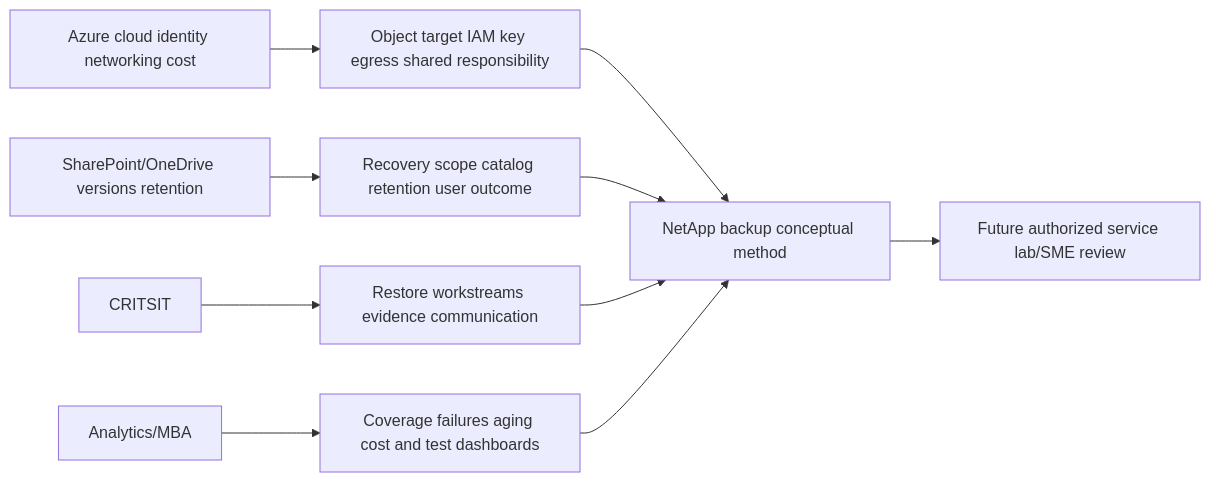
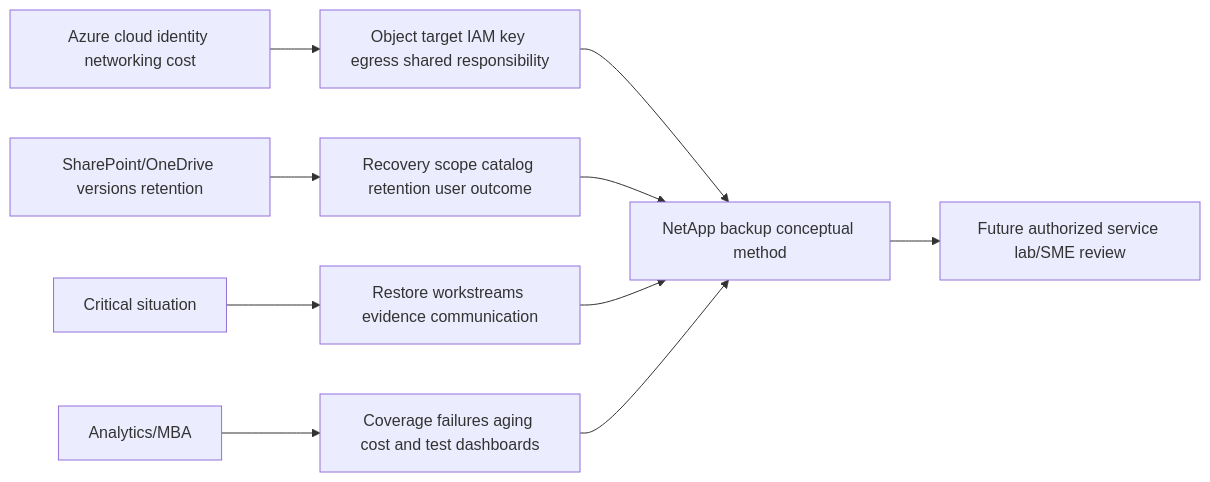
Diagram 21 of 22 in NetApp TAM/prep/Part-37-backup-archive-bluexp-integration.md (hichauhan-in/Interview-Prep), drawn with Mermaid before and after one commit. The commit also changed other lines of this file and 493 other files, not shown here.

````diff
--- a/NetApp TAM/prep/Part-37-backup-archive-bluexp-integration.md
+++ b/NetApp TAM/prep/Part-37-backup-archive-bluexp-integration.md
@@ -662,12 +662,12 @@
 ```mermaid
 flowchart LR
     AZ[Azure cloud identity networking cost] --> OBJ[Object target IAM key egress shared responsibility]
     M365[SharePoint/OneDrive versions retention] --> GOV[Recovery scope catalog retention user outcome]
-    CRIT[CRITSIT] --> REC[Restore workstreams evidence communication]
+    CRIT[Critical situation] --> REC[Restore workstreams evidence communication]
     BI[Analytics/MBA] --> KPI[Coverage failures aging cost and test dashboards]
     OBJ --> METHOD[NetApp backup conceptual method]
     GOV --> METHOD
     REC --> METHOD
     KPI --> METHOD
     METHOD --> LAB[Future authorized service lab/SME review]
 ```
````
